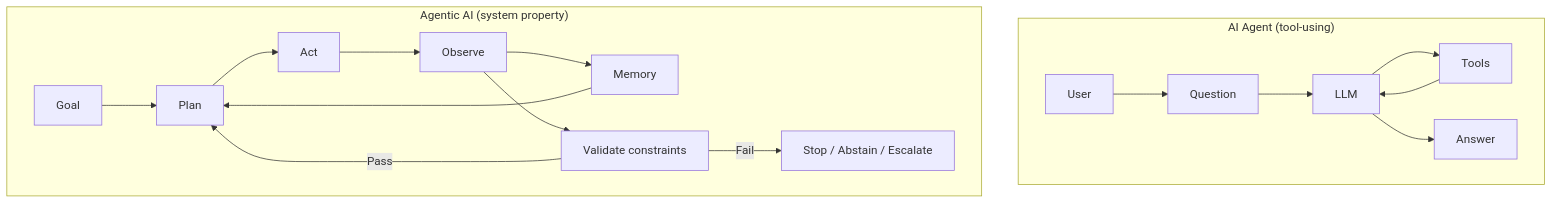
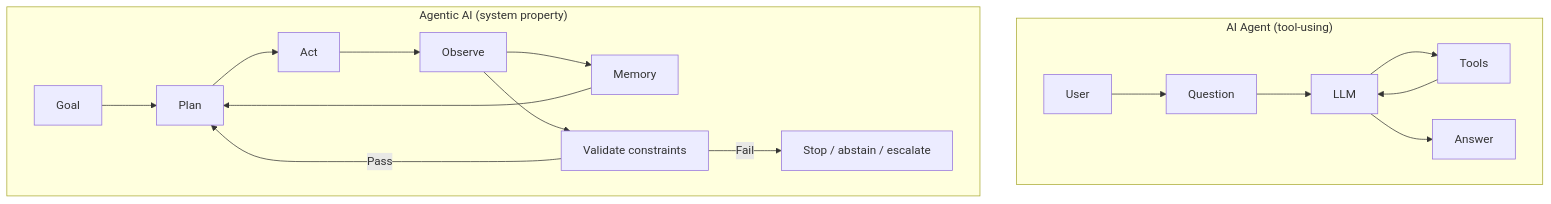
The first of 2 diagrams in docs/philosophy/ai-agent-vs-agentic-ai.md (5Reasons/5reasons.github.io), drawn with Mermaid before and after one commit. The commit also changed other lines of this file and 19 other files, not shown here.

````diff
--- a/docs/philosophy/ai-agent-vs-agentic-ai.md
+++ b/docs/philosophy/ai-agent-vs-agentic-ai.md
@@ -29,21 +69,21 @@
 ```mermaid
-flowchart TB
-  subgraph ToolUse["AI Agent (tool-using)"]
-    U[User] --> Q[Question]
-    Q --> L[LLM]
-    L --> T[Tools]
-    T --> L
-    L --> A[Answer]
-  end
+flowchart TB;
+  subgraph ToolUse["AI Agent (tool-using)"];
+    U["User"] --> Q["Question"];
+    Q --> L["LLM"];
+    L --> T["Tools"];
+    T --> L;
+    L --> A["Answer"];
+  end;
 
-  subgraph Agentic["Agentic AI (system property)"]
-    G[Goal] --> P[Plan]
-    P --> X[Act]
-    X --> O[Observe]
-    O --> M[Memory]
-    M --> P
-    O --> V[Validate constraints]
-    V -->|Fail| S[Stop / Abstain / Escalate]
-    V -->|Pass| P
-  end
+  subgraph Agentic["Agentic AI (system property)"];
+    G["Goal"] --> P["Plan"];
+    P --> X["Act"];
+    X --> O["Observe"];
+    O --> M["Memory"];
+    M --> P;
+    O --> V["Validate constraints"];
+    V -->|"Fail"| S["Stop / abstain / escalate"];
+    V -->|"Pass"| P;
+  end;
 ```
````
